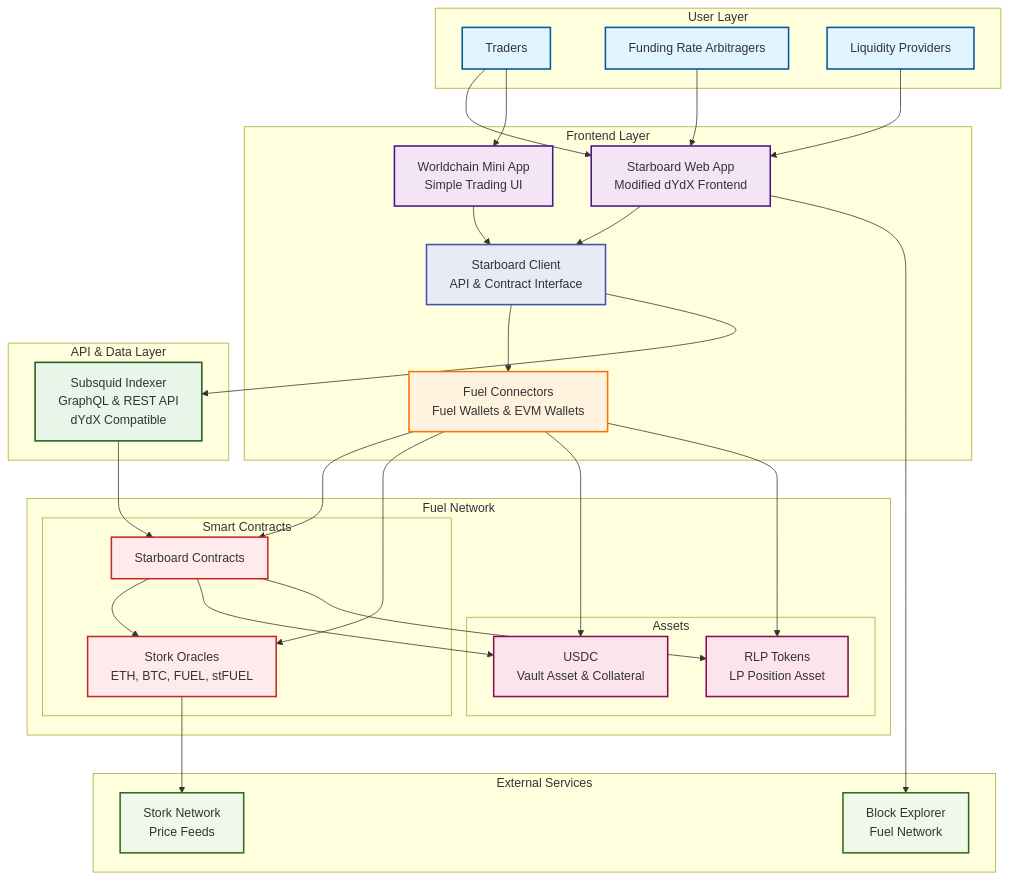
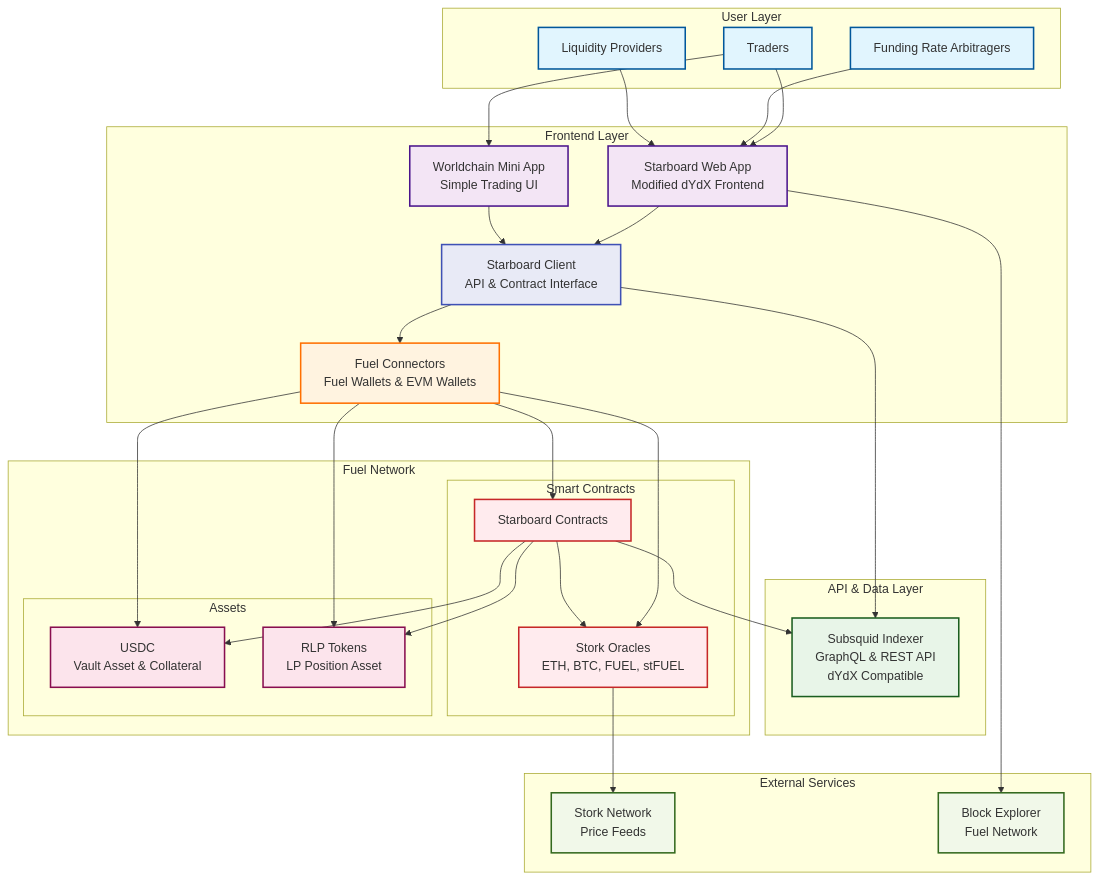
Before and after one commit to dydxprotocol/v4-web: the diagram in arch/deployment-diagram.md, drawn with Mermaid. The commit also changed 3 other files, not shown here.

```diff
--- a/arch/deployment-diagram.md
+++ b/arch/deployment-diagram.md
@@ -62,8 +62,8 @@
     FC --> A1
     FC --> A2
     
-    %% Indexer to contracts
-    IDX --> SC
+    %% Contracts to indexer (data flow)
+    SC --> IDX
     
     %% Contract interactions
     SC --> OR
```
